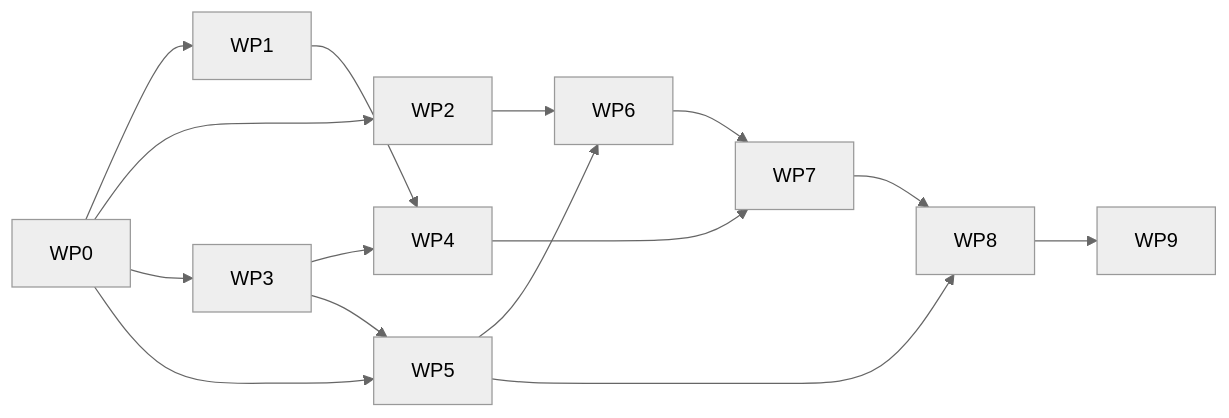
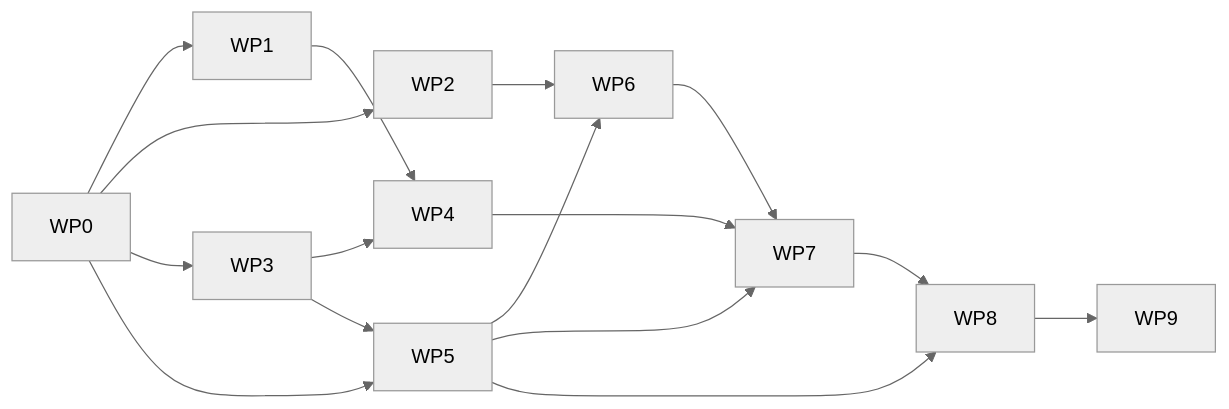
One commit to Kaesual/arena-web changed the diagram in docs/prototype-work-packages.md. Above: the diagram before and after it, drawn with Mermaid (neutral theme). The commit also changed other lines of this file and 3 other files, not shown here.

````diff
--- a/docs/prototype-work-packages.md
+++ b/docs/prototype-work-packages.md
@@ -52,17 +54,18 @@
 ```mermaid
 flowchart LR
     WP0 --> WP1
     WP0 --> WP2
     WP0 --> WP3
     WP0 --> WP5
     WP1 --> WP4
     WP3 --> WP4
     WP3 --> WP5
     WP2 --> WP6
     WP5 --> WP6
     WP4 --> WP7
+    WP5 --> WP7
     WP6 --> WP7
     WP5 --> WP8
     WP7 --> WP8
     WP8 --> WP9
 ```
````
